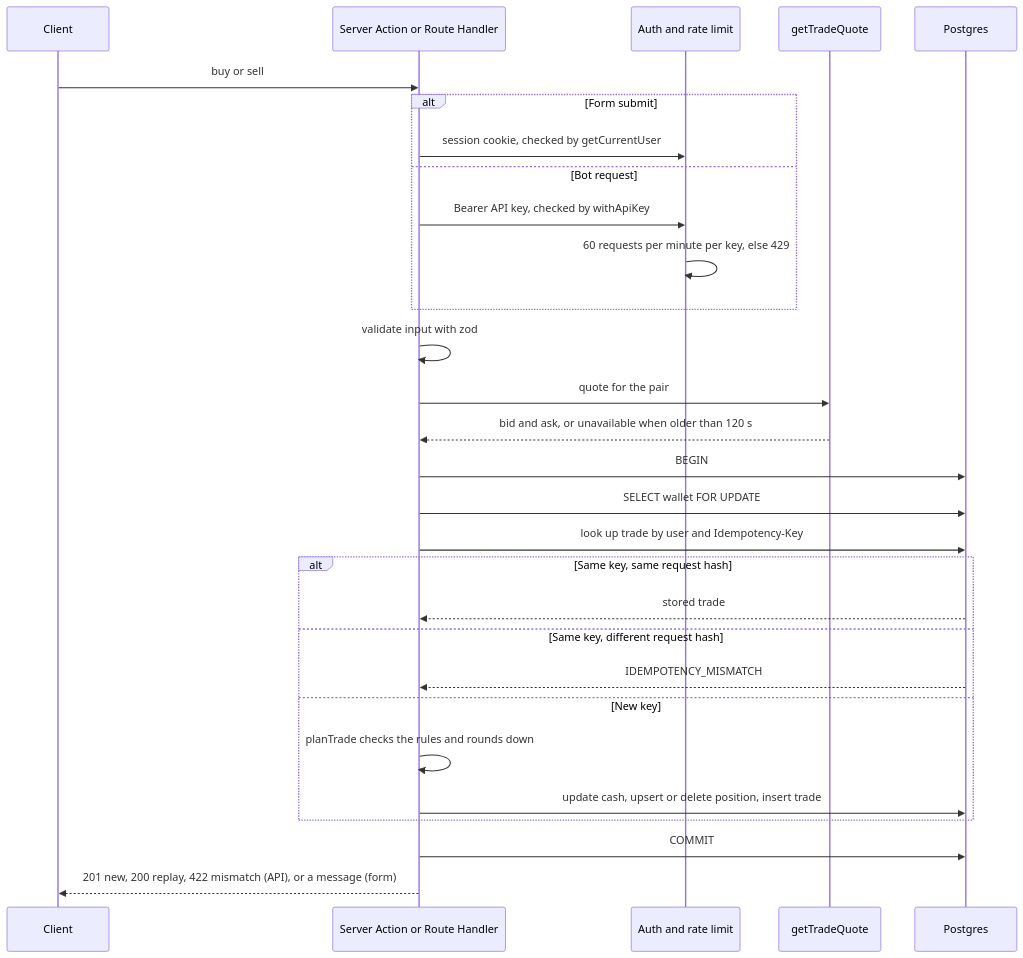
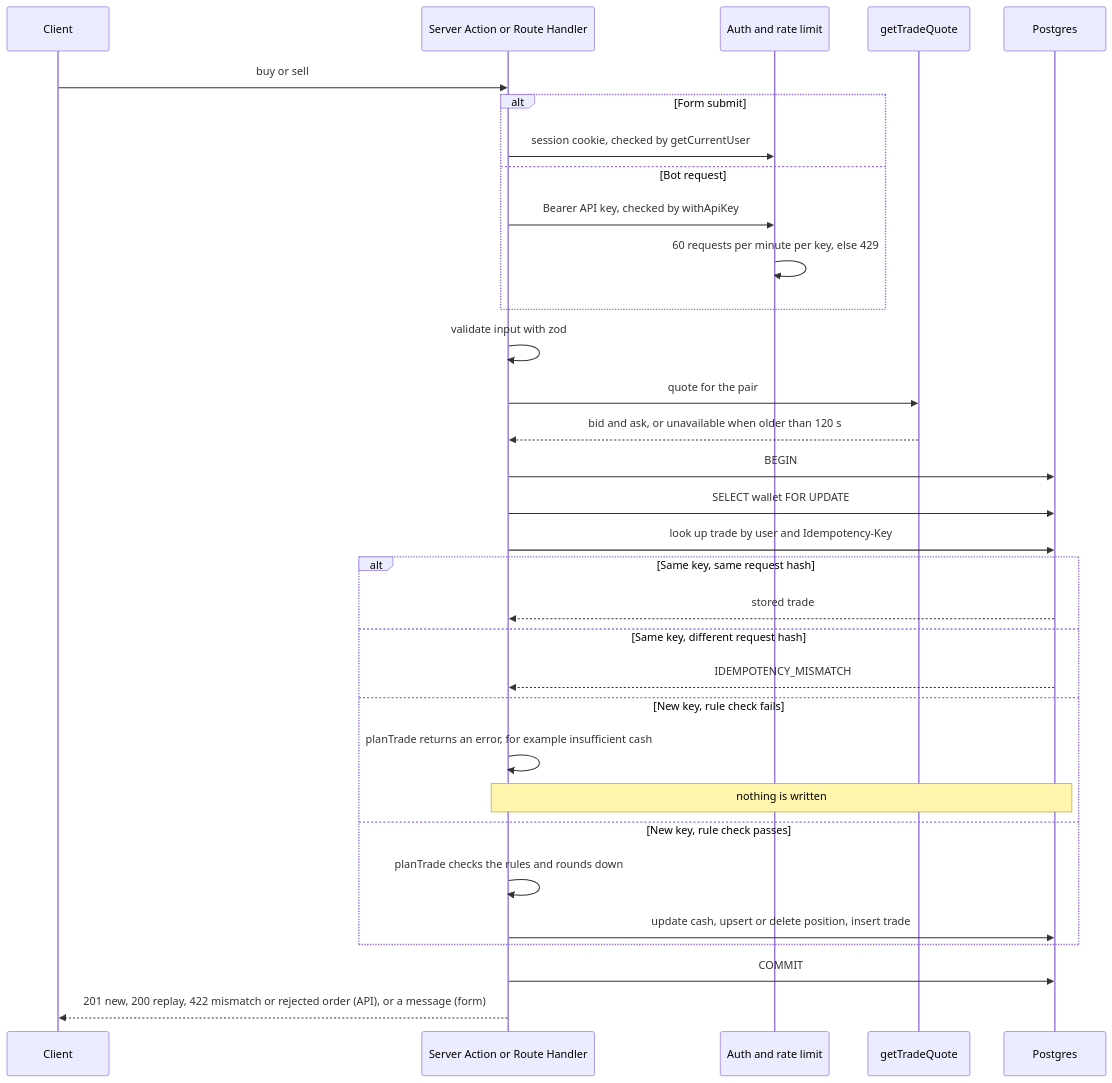
Before and after one commit to FelipeEckert/NextJS-training: the second of 2 diagrams in README.md, drawn with Mermaid. The commit also changed 1 other file, not shown here.

Commit message:
docs: make the demo script safe to run live

````diff
--- a/README.md
+++ b/README.md
@@ -76,32 +76,35 @@
 ```mermaid
 sequenceDiagram
     participant C as Client
     participant R as Server Action or Route Handler
     participant A as Auth and rate limit
     participant Q as getTradeQuote
     participant D as Postgres
 
     C->>R: buy or sell
     alt Form submit
         R->>A: session cookie, checked by getCurrentUser
     else Bot request
         R->>A: Bearer API key, checked by withApiKey
         A->>A: 60 requests per minute per key, else 429
     end
     R->>R: validate input with zod
     R->>Q: quote for the pair
     Q-->>R: bid and ask, or unavailable when older than 120 s
     R->>D: BEGIN
     R->>D: SELECT wallet FOR UPDATE
     R->>D: look up trade by user and Idempotency-Key
     alt Same key, same request hash
         D-->>R: stored trade
     else Same key, different request hash
         D-->>R: IDEMPOTENCY_MISMATCH
-    else New key
+    else New key, rule check fails
+        R->>R: planTrade returns an error, for example insufficient cash
+        Note over R,D: nothing is written
+    else New key, rule check passes
         R->>R: planTrade checks the rules and rounds down
         R->>D: update cash, upsert or delete position, insert trade
     end
     R->>D: COMMIT
-    R-->>C: 201 new, 200 replay, 422 mismatch (API), or a message (form)
+    R-->>C: 201 new, 200 replay, 422 mismatch or rejected order (API), or a message (form)
 ```
````
